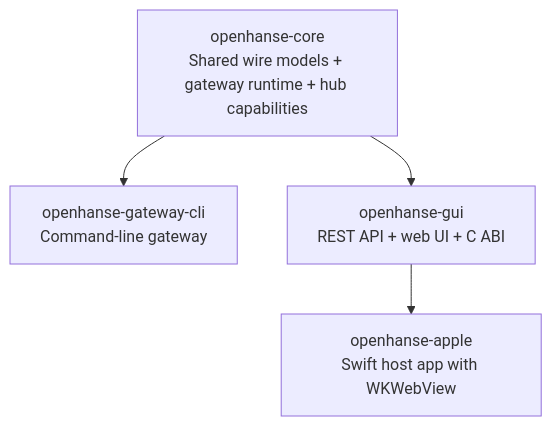
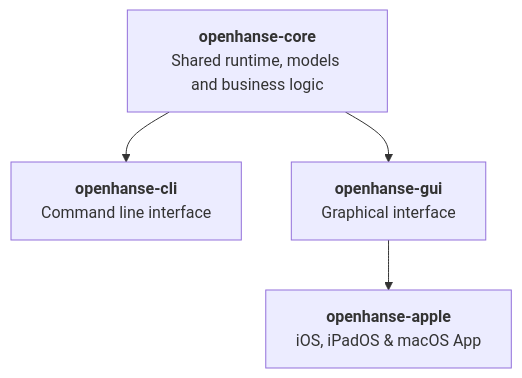
The first of 2 diagrams in README.md (OpenHanse/openhanse), drawn with Mermaid before and after one commit. The commit also changed other lines of this file and 4 other files, not shown here.

````diff
--- a/README.md
+++ b/README.md
@@ -43,11 +43,11 @@
 ```mermaid
 graph TD
-    Core["openhanse-core<br/>Shared wire models + gateway runtime + hub capabilities"]
-    Cli["openhanse-gateway-cli<br/>Command-line gateway"]
-    Gui["openhanse-gui<br/>REST API + web UI + C ABI"]
-    Apple["openhanse-apple<br/>Swift host app with WKWebView"]
+    Core["<b>openhanse-core</b><br/>Shared runtime, models and business logic"]
+    Cli["<b>openhanse-cli</b><br/>Command line interface"]
+    Gui["<b>openhanse-gui</b><br/>Graphical interface"]
+    Apple["<b>openhanse-apple</b><br/>iOS, iPadOS & macOS App"]
 
     Core --> Cli
     Core --> Gui
     Gui --> Apple
 ```
````
